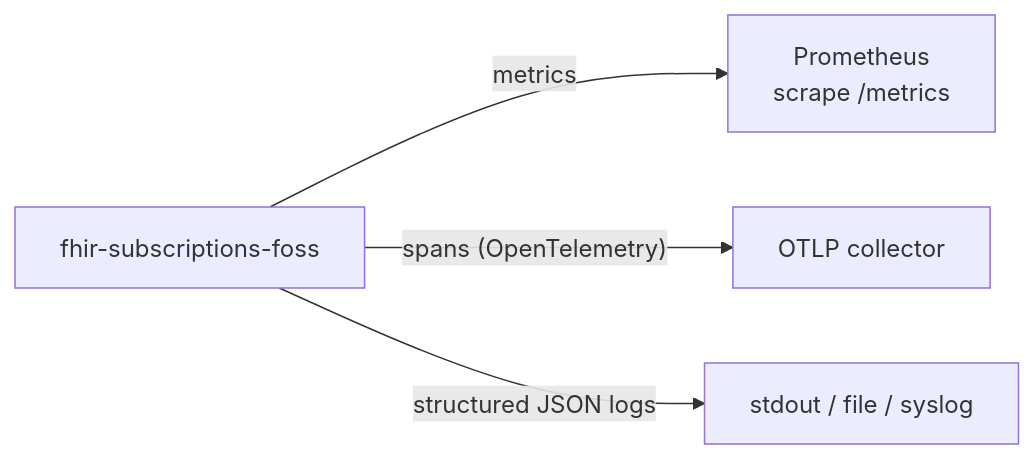
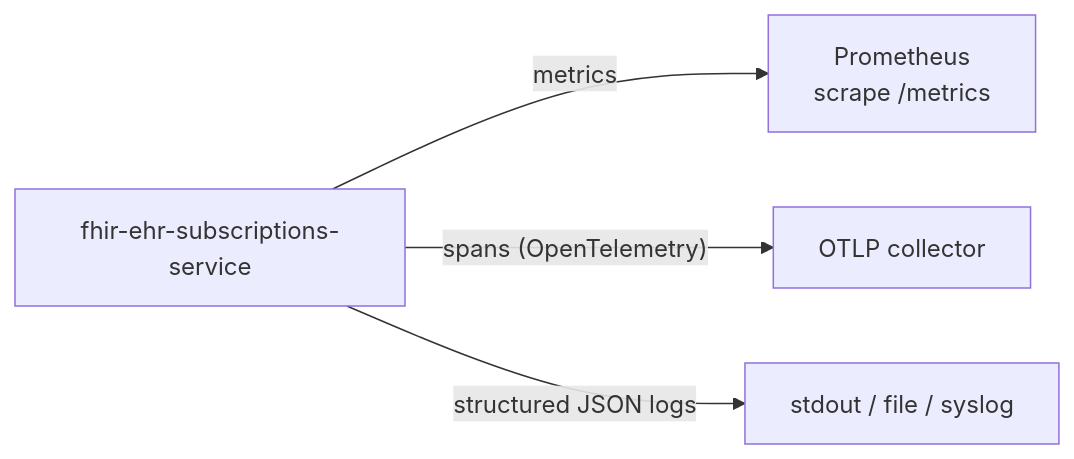
The diagram in docs/high-level-design/domains/observability.md (bzimbelman/fhir-ehr-subscriptions-service), drawn with Mermaid before and after one commit. The commit also changed 273 other files, not shown here.

First line of the commit message:
chore: rename project from fhir-subscriptions-foss to fhir-ehr-subscriptions-service

````diff
--- a/docs/high-level-design/domains/observability.md
+++ b/docs/high-level-design/domains/observability.md
@@ -9,11 +9,11 @@
 ```mermaid
 flowchart LR
-    svc["fhir-subscriptions-foss"]
+    svc["fhir-ehr-subscriptions-service"]
     prom["Prometheus<br/>scrape /metrics"]
     otel["OTLP collector"]
     log["stdout / file / syslog"]
 
     svc -- "metrics" --> prom
     svc -- "spans (OpenTelemetry)" --> otel
     svc -- "structured JSON logs" --> log
 ```
````
